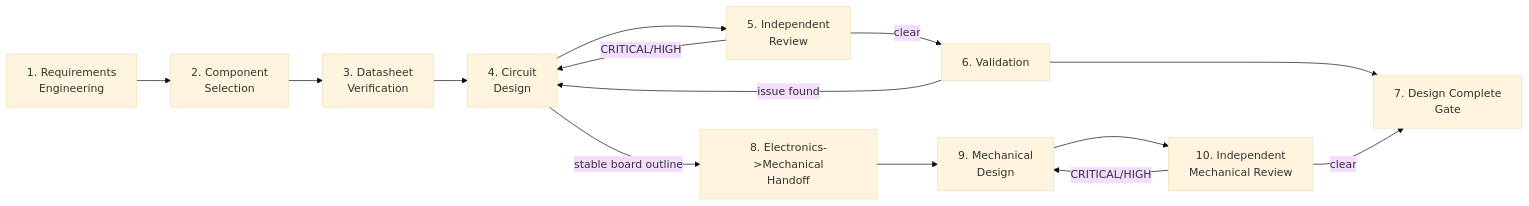
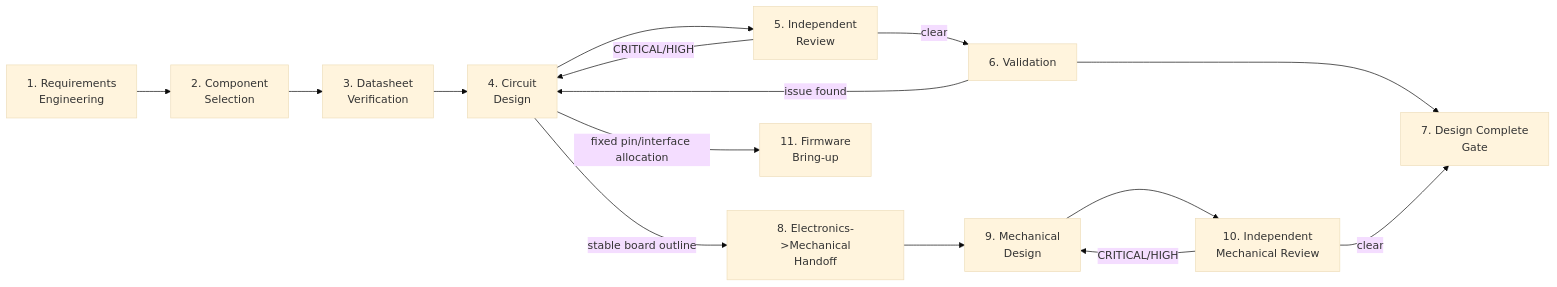
Before and after one commit to ktanino10/ai-hardware-engineering-team: the diagram in docs/workflow.md, drawn with Mermaid (base theme). The commit also changed other lines of this file and 39 other files, not shown here.

First line of the commit message:
Introduce Firmware Engineer discipline (Phase 2): Bench-IMU-01 bring-up firmware

````diff
--- a/docs/workflow.md
+++ b/docs/workflow.md
@@ -10,16 +10,17 @@
 ```mermaid
 flowchart LR
     A["1. Requirements\nEngineering"] --> B["2. Component\nSelection"]
     B --> C["3. Datasheet\nVerification"]
     C --> D["4. Circuit\nDesign"]
     D --> E["5. Independent\nReview"]
     E -- "CRITICAL/HIGH" --> D
     E -- "clear" --> F["6. Validation"]
     F -- "issue found" --> D
     F --> G["7. Design Complete\nGate"]
     D -- "stable board outline" --> H8["8. Electronics->Mechanical\nHandoff"]
     H8 --> H9["9. Mechanical\nDesign"]
     H9 --> H10["10. Independent\nMechanical Review"]
     H10 -- "CRITICAL/HIGH" --> H9
     H10 -- "clear" --> G
+    D -- "fixed pin/interface allocation" --> H11["11. Firmware\nBring-up"]
 ```
````
